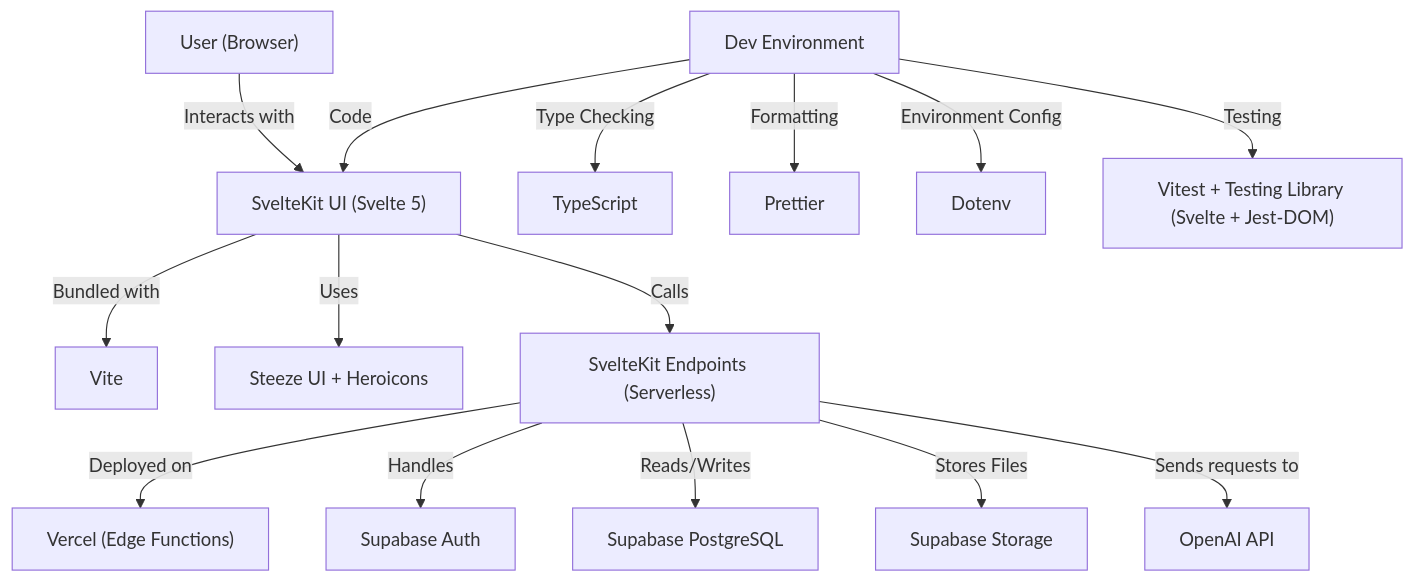
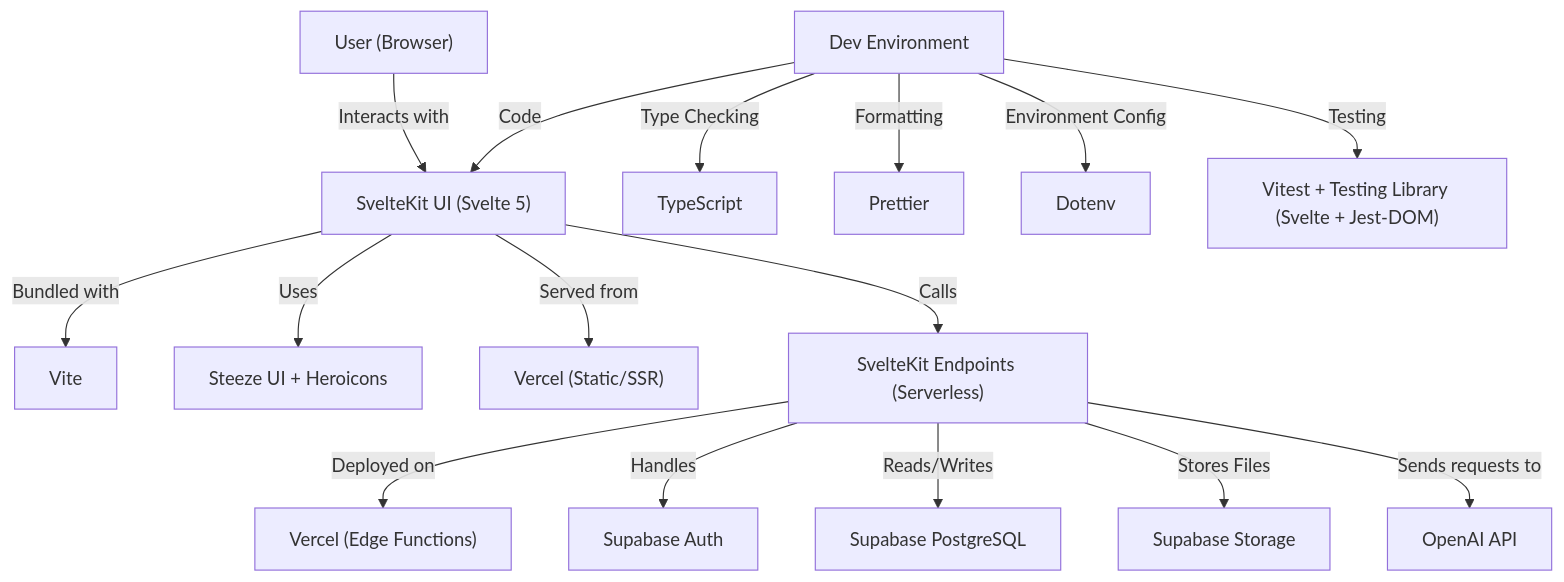
Before and after one commit to feikegeerts/meal-maestro: the diagram in README.md, drawn with Mermaid. The commit also changed other lines of this file and 2 other files, not shown here.

````diff
--- a/README.md
+++ b/README.md
@@ -36,21 +36,22 @@
 ```mermaid
 graph TD
     User["User (Browser)"] -->|Interacts with| Frontend["SvelteKit UI (Svelte 5)"]
     Frontend -->|Bundled with| Vite["Vite"]
     Frontend -->|Uses| SteezeUI["Steeze UI + Heroicons"]
 
+    Frontend -->|Served from| VercelFrontend["Vercel (Static/SSR)"]
     Frontend -->|Calls| API["SvelteKit Endpoints (Serverless)"]
-    API -->|Deployed on| Vercel["Vercel (Edge Functions)"]
+    API -->|Deployed on| VercelAPI["Vercel (Edge Functions)"]
 
     API -->|Handles| Auth["Supabase Auth"]
     API -->|Reads/Writes| DB["Supabase PostgreSQL"]
     API -->|Stores Files| Storage["Supabase Storage"]
 
     API -->|Sends requests to| OpenAI["OpenAI API"]
 
     DevTools["Dev Environment"] -->|Code| Frontend
     DevTools -->|Type Checking| TS["TypeScript"]
     DevTools -->|Formatting| Prettier
     DevTools -->|Environment Config| Dotenv
     DevTools -->|Testing| Testing["Vitest + Testing Library (Svelte + Jest-DOM)"]
 ```
````
